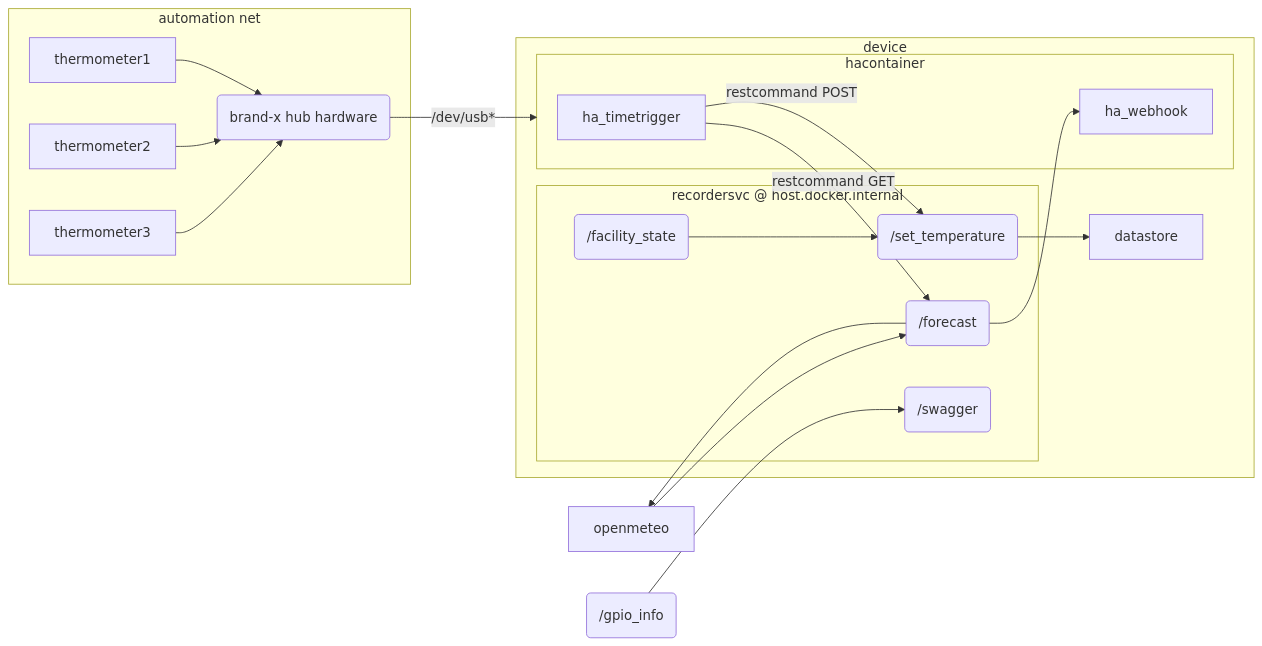
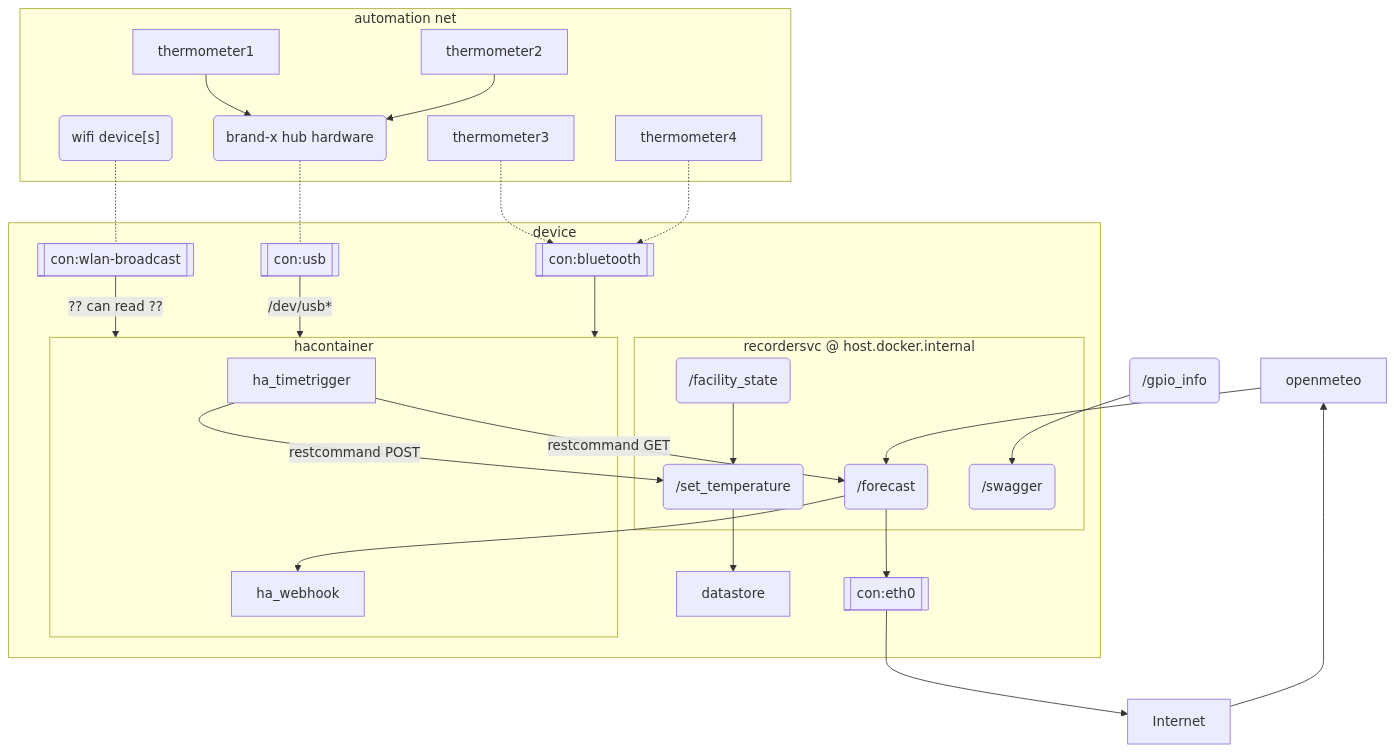
Before and after one commit to NebulousPsychology/GardenSage: the second of 2 diagrams in GardenSage.Recorder/README.md, drawn with Mermaid. The commit also changed other lines of this file and 1 other file, not shown here.

Commit message:
planning ha container

````diff
--- a/GardenSage.Recorder/README.md
+++ b/GardenSage.Recorder/README.md
@@ -35,33 +40,42 @@
 ```mermaid
-graph LR
+graph TB
 
 openmeteo
 
 subgraph device
+    usb[[con:usb]]
+    eth0[[con:eth0]]
+    wlanb[[con:wlan-broadcast]]
+    bluetooth[[con:bluetooth]]
     subgraph "recordersvc @ host.docker.internal"
         RecordTemperature(/set_temperature)
         GetPredicted(/forecast)
         RecordState(/facility_state)
         GetState(/swagger)
     end
     subgraph hacontainer
         ha_timetrigger
         ha_webhook
     end
     RecordTemperature --> datastore
 end
+
 subgraph "automation net"
-    thermometer1 & thermometer2 & thermometer3 --> hub(brand-x hub hardware)
+    thermometer1 & thermometer2 --> hub(brand-x hub hardware)
+    thermometer3 & thermometer4 .-> bluetooth
+    wifidevice("wifi device[s]")
 end
 inquire(/gpio_info) 
 
-hub -- /dev/usb* --> hacontainer
+wifidevice -.- wlanb -- ?? can read ?? --> hacontainer
+hub -.- usb -- /dev/usb* --> hacontainer
+bluetooth --> hacontainer
 
 inquire --> GetState 
 ha_timetrigger -- restcommand GET --> GetPredicted
 ha_timetrigger -- restcommand POST --> RecordTemperature
 
 RecordState -->RecordTemperature
 GetPredicted --> ha_webhook
-GetPredicted --> openmeteo --> GetPredicted
+GetPredicted --> eth0 --> Internet --> openmeteo --> GetPredicted
 ```
````
